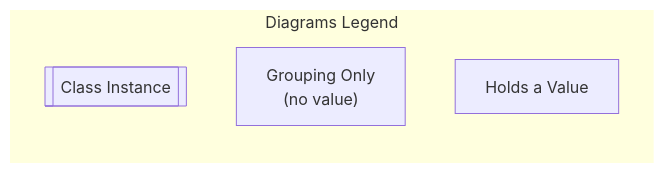
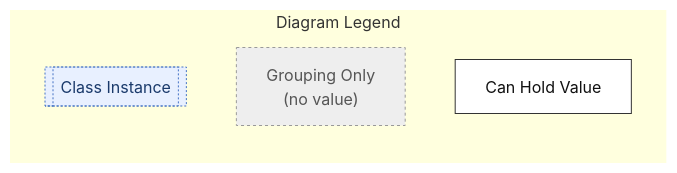
One commit to smtifahim/TARA-Ontology-Repository changed the second of 6 diagrams in ontology-files/base/articles-kb/articles-kb-core/README.md. Above: the diagram before and after it, drawn with Mermaid.

````diff
--- a/ontology-files/base/articles-kb/articles-kb-core/README.md
+++ b/ontology-files/base/articles-kb/articles-kb-core/README.md
@@ -57,12 +57,16 @@
 ```mermaid
 flowchart LR
- subgraph LEGENDS["Diagrams Legend"]
+ subgraph LEGENDS["Diagram Legend"]
         L[["Class Instance"]]
         G["Grouping Only<br>(no value)"]
-        F["Holds a Value"]
+        F["Can Hold Value"]
   end
+
+     L:::linked
      G:::group
      F:::field
-     L:::linked
+    classDef group fill:#eee,stroke:#999,stroke-dasharray: 3 3,color:#555
+    classDef field fill:#ffffff,stroke:#333,color:#111
+    classDef linked fill:#e8f0ff,stroke:#4472c4,stroke-dasharray: 2 2,color:#1a3a6b
     style LEGENDS stroke:transparent
 ```
````
